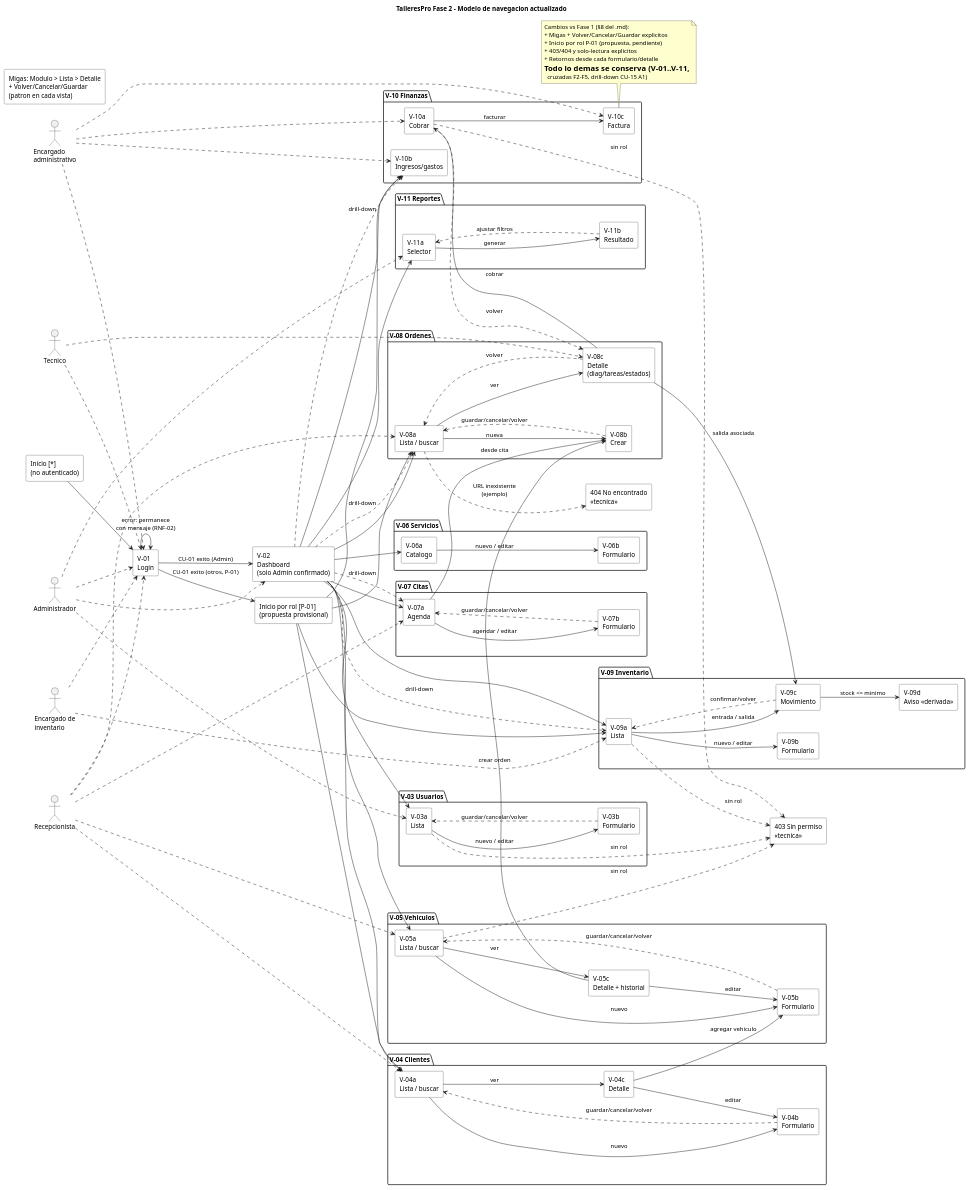
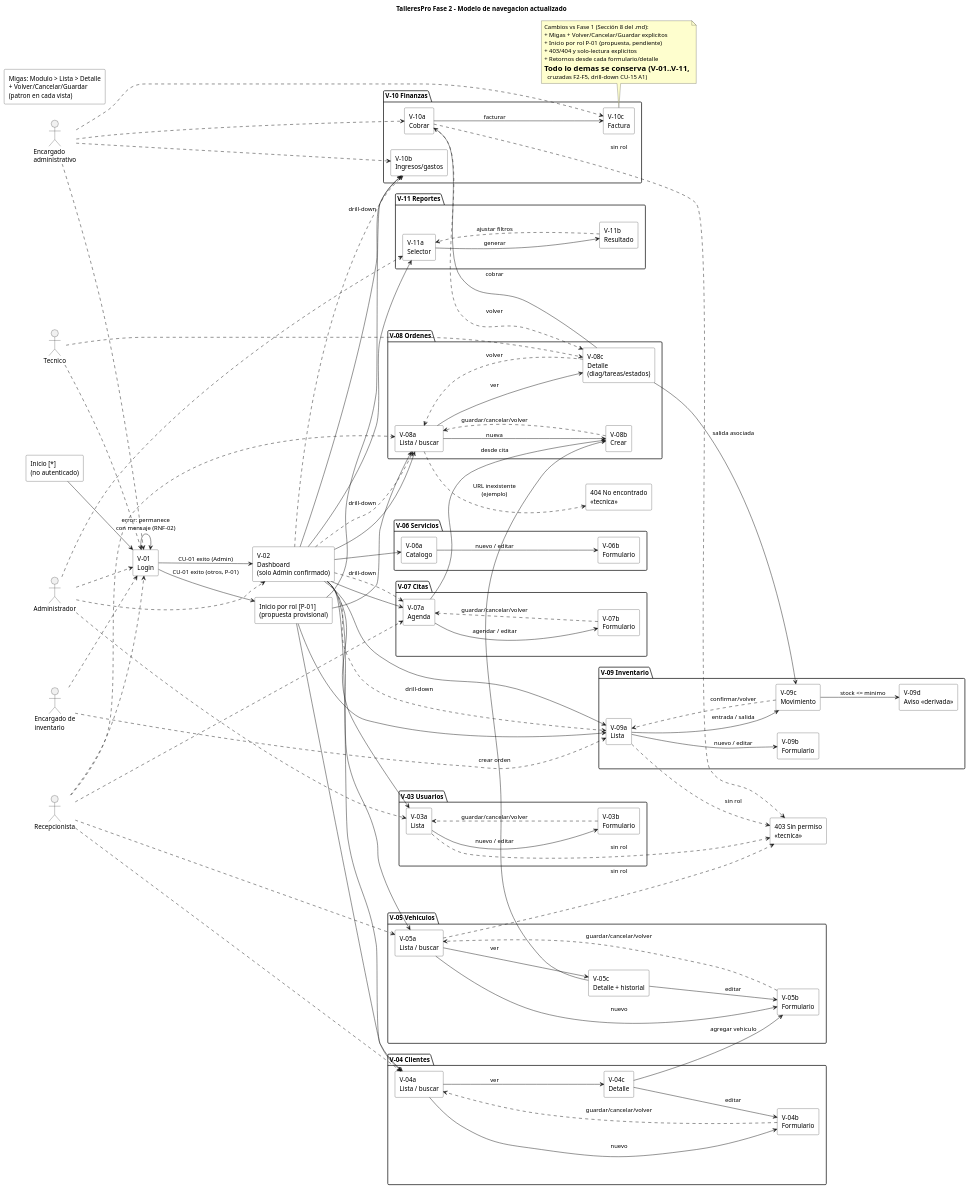
Before and after one commit to santty1906/TalleresPro: the diagram in Fase 2/modelo_navegacion_fase_2.puml, drawn with PlantUML. The commit also changed 22 other files, not shown here.

```diff
--- a/Fase 2/modelo_navegacion_fase_2.puml
+++ b/Fase 2/modelo_navegacion_fase_2.puml
@@ -1,185 +1,185 @@
 @startuml TalleresPro - Modelo de navegacion Fase 2
 ' ============================================================
 ' TalleresPro - Fase 2, Deliverable 3: Modelo de navegacion actualizado
-' Base: Fase 1 diagrama_navegacion.puml + §8.3-§8.5. Conserva los
+' Base: Fase 1 diagrama_navegacion.puml + Sección 8.3-Sección 8.5. Conserva los
 ' 11 modulos y subvistas; anade: migas, retorno/cancelar/guardar,
-' 403/404, filtrado de menu por rol y bitacora de cambios (§9 de
+' 403/404, filtrado de menu por rol y bitacora de cambios (Sección 9 de
 ' modelo_navegacion_fase_2.md). Flecha continua = navegacion;
 ' punteada = acceso por rol / drill-down / alimentacion.
 ' Fuente normativa: este .puml + modelo_navegacion_fase_2.md
 ' ============================================================
 
 skinparam rectangle {
   BackgroundColor white
   BorderColor black
 }
 skinparam package {
   BorderColor black
 }
 skinparam actor {
   BorderColor black
 }
 skinparam note {
   BackgroundColor #FEFECE
 }
 
 left to right direction
 title TalleresPro Fase 2 - Modelo de navegacion actualizado
 
 actor "Administrador" as Admin
 actor "Recepcionista" as Recep
 actor "Tecnico" as Tec
 actor "Encargado de\ninventario" as Inv
 actor "Encargado\nadministrativo" as Admvo
 
 rectangle "Inicio [*]\n(no autenticado)" as Inicio
 rectangle "V-01\nLogin" as Login
 rectangle "V-02\nDashboard\n(solo Admin confirmado)" as Dash
 rectangle "Inicio por rol [P-01]\n(propuesta provisional)" as InicioRol
 
 Inicio --> Login
 Login --> Dash : "CU-01 exito (Admin)"
 Login --> InicioRol : "CU-01 exito (otros, P-01)"
 Login --> Login : "error: permanece\ncon mensaje (RNF-02)"
 
 package "V-03 Usuarios" {
   rectangle "V-03a\nLista" as U_L
   rectangle "V-03b\nFormulario" as U_F
 }
 package "V-04 Clientes" {
   rectangle "V-04a\nLista / buscar" as C_L
   rectangle "V-04b\nFormulario" as C_F
   rectangle "V-04c\nDetalle" as C_D
 }
 package "V-05 Vehiculos" {
   rectangle "V-05a\nLista / buscar" as V_L
   rectangle "V-05b\nFormulario" as V_F
   rectangle "V-05c\nDetalle + historial" as V_D
 }
 package "V-06 Servicios" {
   rectangle "V-06a\nCatalogo" as S_L
   rectangle "V-06b\nFormulario" as S_F
 }
 package "V-07 Citas" {
   rectangle "V-07a\nAgenda" as A_L
   rectangle "V-07b\nFormulario" as A_F
 }
 package "V-08 Ordenes" {
   rectangle "V-08a\nLista / buscar" as O_L
   rectangle "V-08b\nCrear" as O_C
   rectangle "V-08c\nDetalle\n(diag/tareas/estados)" as O_D
 }
 package "V-09 Inventario" {
   rectangle "V-09a\nLista" as P_L
   rectangle "V-09b\nFormulario" as P_F
   rectangle "V-09c\nMovimiento" as M_F
   rectangle "V-09d\nAviso <<derivada>>" as Stock
 }
 package "V-10 Finanzas" {
   rectangle "V-10a\nCobrar" as F_C
   rectangle "V-10b\nIngresos/gastos" as F_IG
   rectangle "V-10c\nFactura" as F_F
 }
 package "V-11 Reportes" {
   rectangle "V-11a\nSelector" as R_S
   rectangle "V-11b\nResultado" as R_R
 }
 
 rectangle "403 Sin permiso\n<<tecnica>>" as E403
 rectangle "404 No encontrado\n<<tecnica>>" as E404
 rectangle "Migas: Modulo > Lista > Detalle\n+ Volver/Cancelar/Guardar\n(patron en cada vista)" as Migas
 
 ' Principal desde dashboard e inicio por rol
 Dash --> U_L
 Dash --> C_L
 Dash --> V_L
 Dash --> S_L
 Dash --> A_L
 Dash --> O_L
 Dash --> P_L
 Dash --> F_IG
 Dash --> R_S
 InicioRol --> C_L
 InicioRol --> O_L
 InicioRol --> P_L
 InicioRol --> F_IG
 Dash ..> O_L : "drill-down"
 Dash ..> A_L : "drill-down"
 Dash ..> P_L : "drill-down"
 Dash ..> F_IG : "drill-down"
 
 ' Interna
 U_L --> U_F : "nuevo / editar"
 C_L --> C_F : "nuevo"
 C_L --> C_D : "ver"
 C_D --> C_F : "editar"
 V_L --> V_F : "nuevo"
 V_L --> V_D : "ver"
 V_D --> V_F : "editar"
 S_L --> S_F : "nuevo / editar"
 A_L --> A_F : "agendar / editar"
 O_L --> O_C : "nueva"
 O_L --> O_D : "ver"
 P_L --> P_F : "nuevo / editar"
 P_L --> M_F : "entrada / salida"
 M_F --> Stock : "stock <= minimo"
 R_S --> R_R : "generar"
 
 ' Cruzadas
 C_D --> V_F : "agregar vehiculo"
 V_D --> O_C : "crear orden"
 A_L --> O_C : "desde cita"
 O_D --> F_C : "cobrar"
 F_C --> F_F : "facturar"
 O_D --> M_F : "salida asociada"
 
 ' Retorno / cancelacion (patron)
 U_F ..> U_L : "guardar/cancelar/volver"
 C_F ..> C_L : "guardar/cancelar/volver"
 V_F ..> V_L : "guardar/cancelar/volver"
 A_F ..> A_L : "guardar/cancelar/volver"
 O_C ..> O_L : "guardar/cancelar/volver"
 O_D ..> O_L : "volver"
 M_F ..> P_L : "confirmar/volver"
 F_C ..> O_D : "volver"
 R_R ..> R_S : "ajustar filtros"
 
-' Roles (primarios; detalle en .md §4)
+' Roles (primarios; detalle en .md Sección 4)
 Admin ..> Login
 Recep ..> Login
 Tec ..> Login
 Inv ..> Login
 Admvo ..> Login
 Admin ..> U_L
 Admin ..> Dash
 Admin ..> R_S
 Recep ..> C_L
 Recep ..> V_L
 Recep ..> A_L
 Recep ..> O_L
 Tec ..> O_D
 Inv ..> P_L
 Admvo ..> F_C
 Admvo ..> F_IG
 Admvo ..> F_F
 
 ' Sin permiso y ruta inexistente (tecnicas propuestas, RNF-05)
 U_L ..> E403 : "sin rol"
 V_L ..> E403 : "sin rol"
 P_L ..> E403 : "sin rol"
 F_C ..> E403 : "sin rol"
 ' 404: reserva para cualquier URL inexistente (ejemplo ilustrativo,
 ' no ruta de negocio; aplica a cualquier vista).
 O_L ..> E404 : "URL inexistente\n(ejemplo)"
 
 note bottom of F_F
-  Cambios vs Fase 1 (§8 del .md):
+  Cambios vs Fase 1 (Sección 8 del .md):
   + Migas + Volver/Cancelar/Guardar explicitos
   + Inicio por rol P-01 (propuesta, pendiente)
   + 403/404 y solo-lectura explicitos
   + Retornos desde cada formulario/detalle
   = Todo lo demas se conserva (V-01..V-11,
     cruzadas F2-F5, drill-down CU-15 A1)
 end note
 
 @enduml
```
